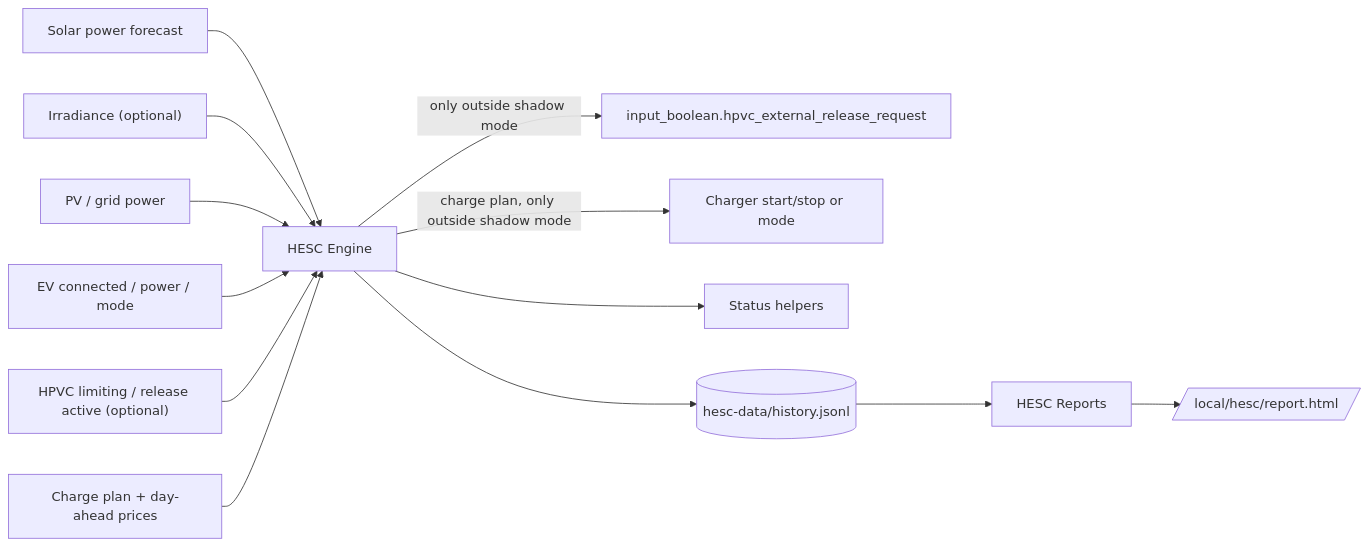
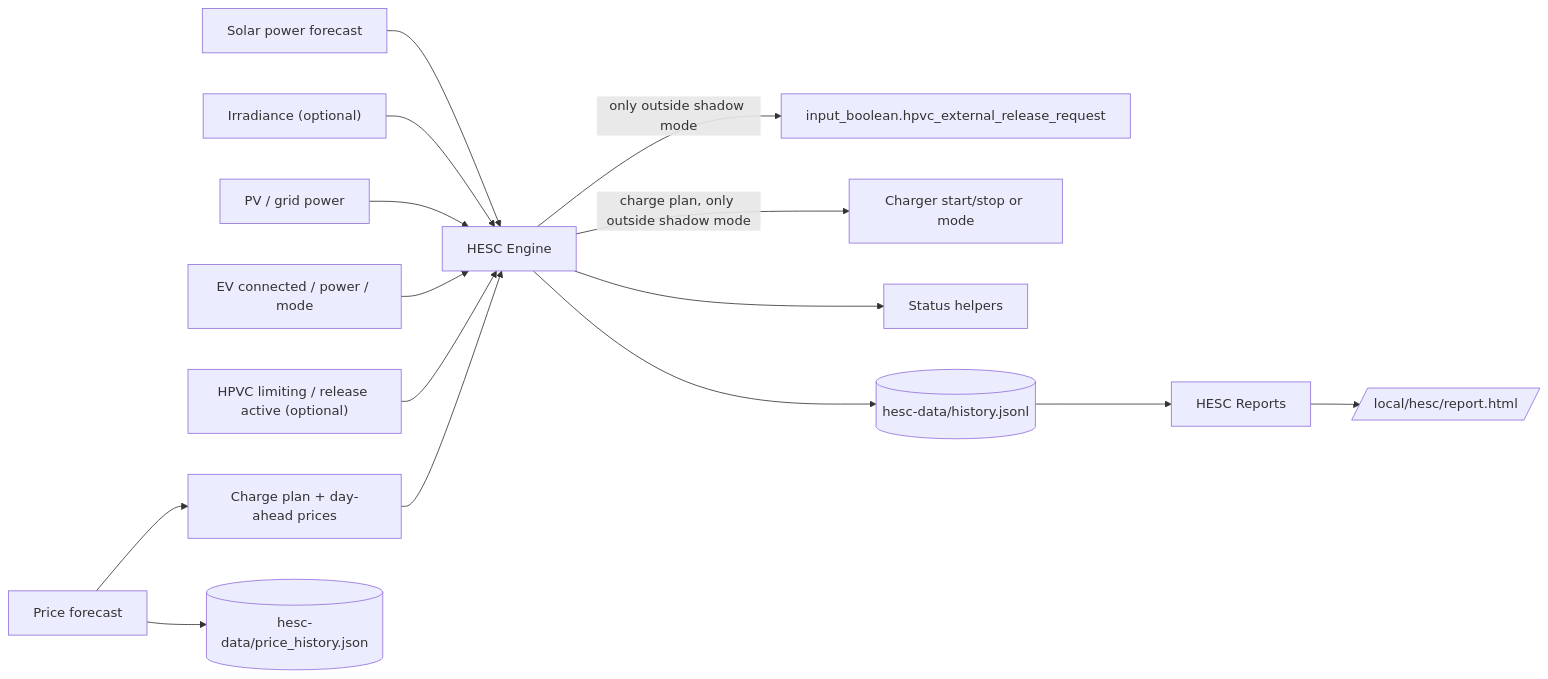
The diagram in README.md (satscan1/home-ev-solar-control), drawn with Mermaid before and after one commit. The commit also changed other lines of this file and 11 other files, not shown here.

````diff
--- a/README.md
+++ b/README.md
@@ -250,14 +265,16 @@
 ```mermaid
 flowchart LR
   F[Solar power forecast] --> E
   I["Irradiance (optional)"] --> E
   P[PV / grid power] --> E
   V[EV connected / power / mode] --> E
   H["HPVC limiting / release active (optional)"] --> E
   CP[Charge plan + day-ahead prices] --> E
   E[HESC Engine] -->|only outside shadow mode| S[input_boolean.hpvc_external_release_request]
   E -->|charge plan, only outside shadow mode| C[Charger start/stop or mode]
   E --> ST[Status helpers]
   E --> J[(hesc-data/history.jsonl)]
+  PF[Price forecast] --> PH[(hesc-data/price_history.json)]
+  PF --> CP
   J --> R[HESC Reports] --> W[/local/hesc/report.html/]
 ```
````
